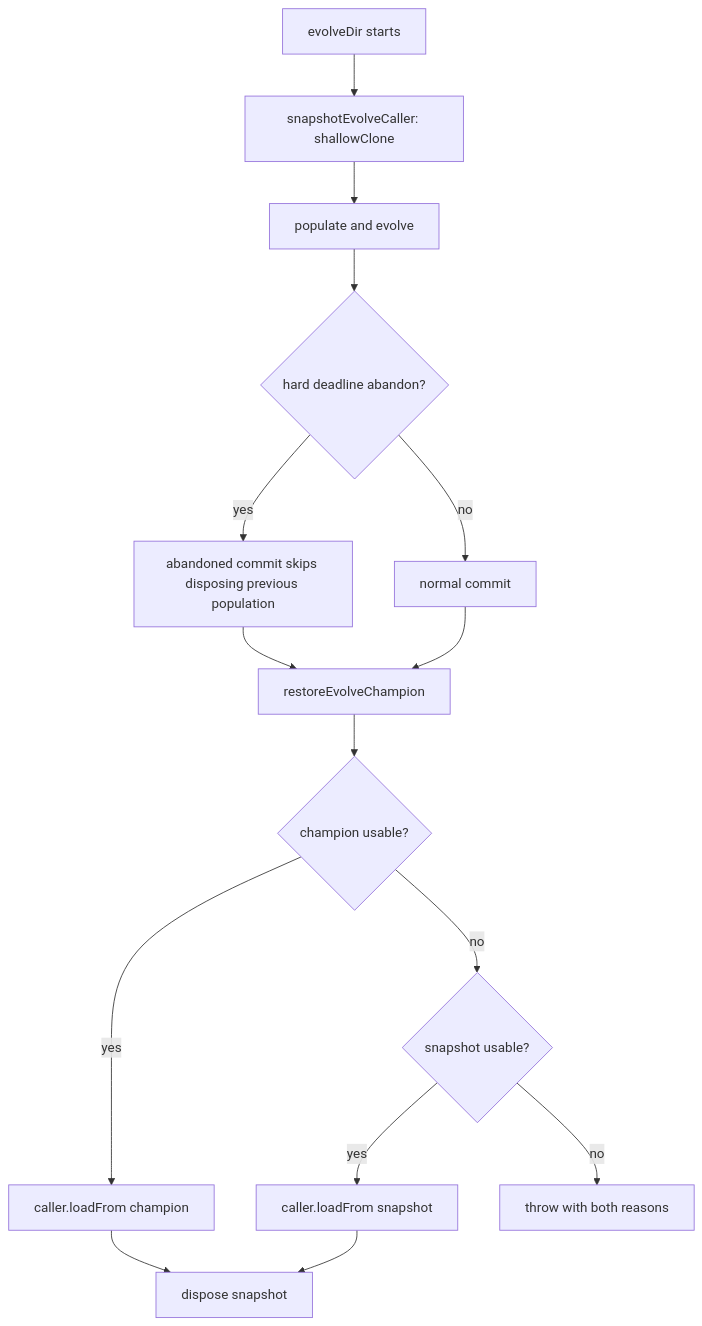
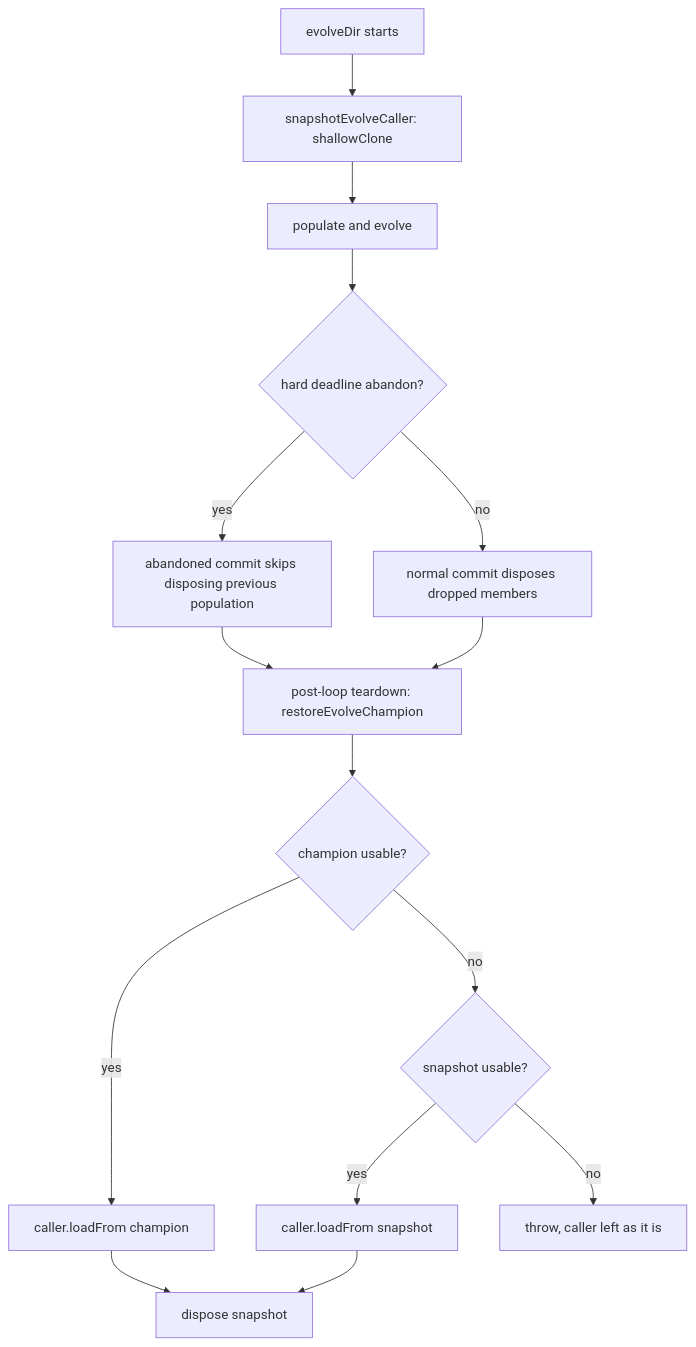
The diagram in docs/archive/pr-summaries/pr-summary-4061.md (stSoftwareAU/NEAT-AI), drawn with Mermaid before and after one commit. The commit also changed other lines of this file and 7 other files, not shown here.

````diff
--- a/docs/archive/pr-summaries/pr-summary-4061.md
+++ b/docs/archive/pr-summaries/pr-summary-4061.md
@@ -78,17 +125,17 @@
 ```mermaid
 flowchart TD
     A[evolveDir starts] --> B[snapshotEvolveCaller: shallowClone]
     B --> C[populate and evolve]
     C --> D{hard deadline abandon?}
     D -- yes --> E[abandoned commit skips disposing previous population]
-    D -- no --> F[normal commit]
-    E --> G[restoreEvolveChampion]
+    D -- no --> F[normal commit disposes dropped members]
+    E --> G[post-loop teardown: restoreEvolveChampion]
     F --> G
     G --> H{champion usable?}
     H -- yes --> I[caller.loadFrom champion]
     H -- no --> J{snapshot usable?}
     J -- yes --> K[caller.loadFrom snapshot]
-    J -- no --> L[throw with both reasons]
+    J -- no --> L[throw, caller left as it is]
     I --> M[dispose snapshot]
     K --> M
 ```
````
